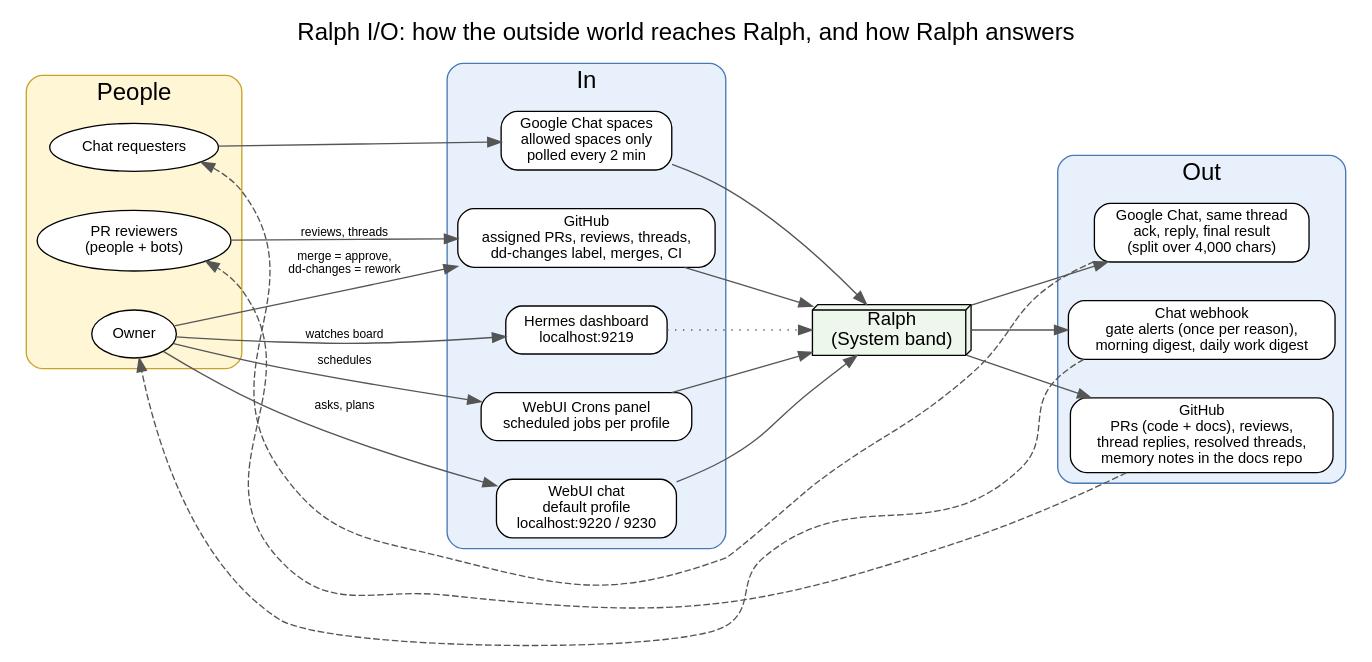
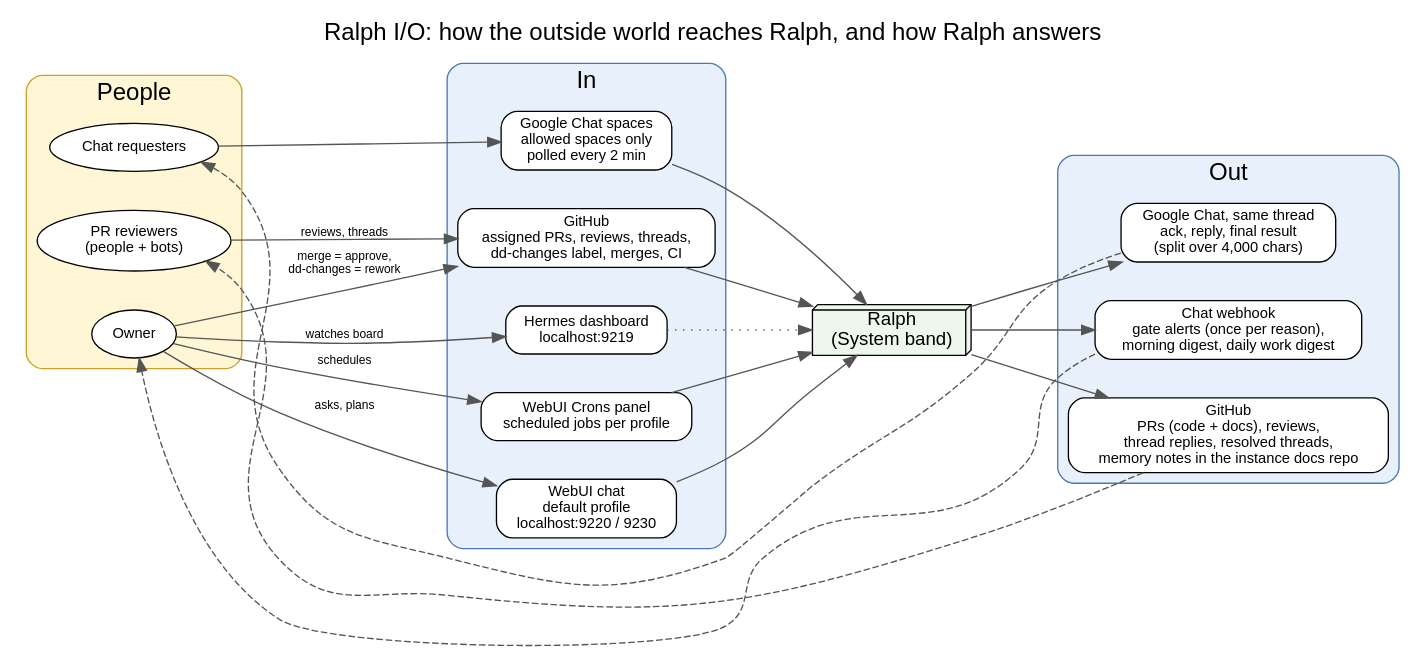
The diagram in docs/diagrams/io.dot (Zhachory1/ralph), drawn with Graphviz before and after one commit. The commit also changed 11 other files, not shown here.

Commit message:
docs(diagrams): tell Ralph's own docs apart from the instance docs repo

```diff
--- a/docs/diagrams/io.dot
+++ b/docs/diagrams/io.dot
@@ -1,38 +1,38 @@
 digraph io {
   graph [rankdir=LR, fontname="Helvetica", fontsize=18, labelloc=t, nodesep=0.4, ranksep=1.0,
          label="Ralph I/O: how the outside world reaches Ralph, and how Ralph answers"];
   node  [fontname="Helvetica", fontsize=11, shape=box, style="rounded,filled", fillcolor=white];
   edge  [fontname="Helvetica", fontsize=9, color="#555555"];
 
   subgraph cluster_people { label="People"; style="rounded,filled"; fillcolor="#FFF6D6"; color="#C9A227";
     owner     [label="Owner", shape=ellipse];
     requester [label="Chat requesters", shape=ellipse];
     reviewers [label="PR reviewers\n(people + bots)", shape=ellipse];
   }
 
   subgraph cluster_in { label="In"; style="rounded,filled"; fillcolor="#E8F1FB"; color="#4A78B5";
     webui    [label="WebUI chat\ndefault profile\nlocalhost:9220 / 9230"];
     dash     [label="Hermes dashboard\nlocalhost:9219"];
     gchat_in [label="Google Chat spaces\nallowed spaces only\npolled every 2 min"];
     gh_in    [label="GitHub\nassigned PRs, reviews, threads,\ndd-changes label, merges, CI"];
     cron_ui  [label="WebUI Crons panel\nscheduled jobs per profile"];
   }
 
   ralph [label="Ralph\n(System band)", shape=box3d, fillcolor="#EEF7EC", fontsize=14];
 
   subgraph cluster_out { label="Out"; style="rounded,filled"; fillcolor="#E8F1FB"; color="#4A78B5";
     gchat_out [label="Google Chat, same thread\nack, reply, final result\n(split over 4,000 chars)"];
     notify    [label="Chat webhook\ngate alerts (once per reason),\nmorning digest, daily work digest"];
-    gh_out    [label="GitHub\nPRs (code + docs), reviews,\nthread replies, resolved threads,\nmemory notes in the docs repo"];
+    gh_out    [label="GitHub\nPRs (code + docs), reviews,\nthread replies, resolved threads,\nmemory notes in the instance docs repo"];
   }
 
   owner -> webui [label="asks, plans"]; owner -> dash [label="watches board"];
   owner -> cron_ui [label="schedules"];
   owner -> gh_in [label="merge = approve,\ndd-changes = rework"];
   requester -> gchat_in; reviewers -> gh_in [label="reviews, threads"];
   webui -> ralph; dash -> ralph [style=dotted]; cron_ui -> ralph; gchat_in -> ralph; gh_in -> ralph;
   ralph -> gchat_out; ralph -> notify; ralph -> gh_out;
   gchat_out -> requester [style=dashed, constraint=false];
   notify -> owner [style=dashed, constraint=false];
   gh_out -> reviewers [style=dashed, constraint=false];
 }
```
